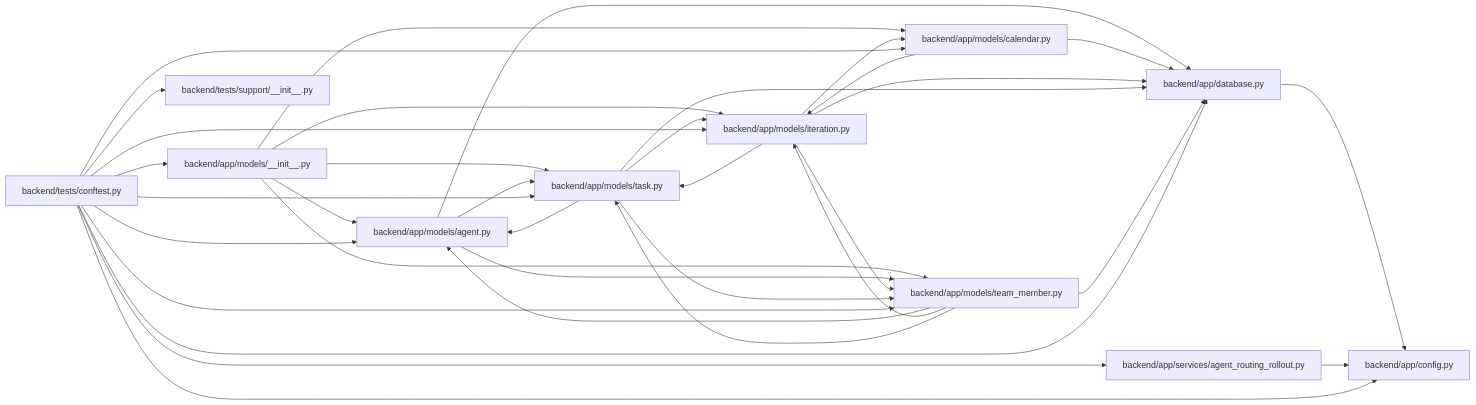
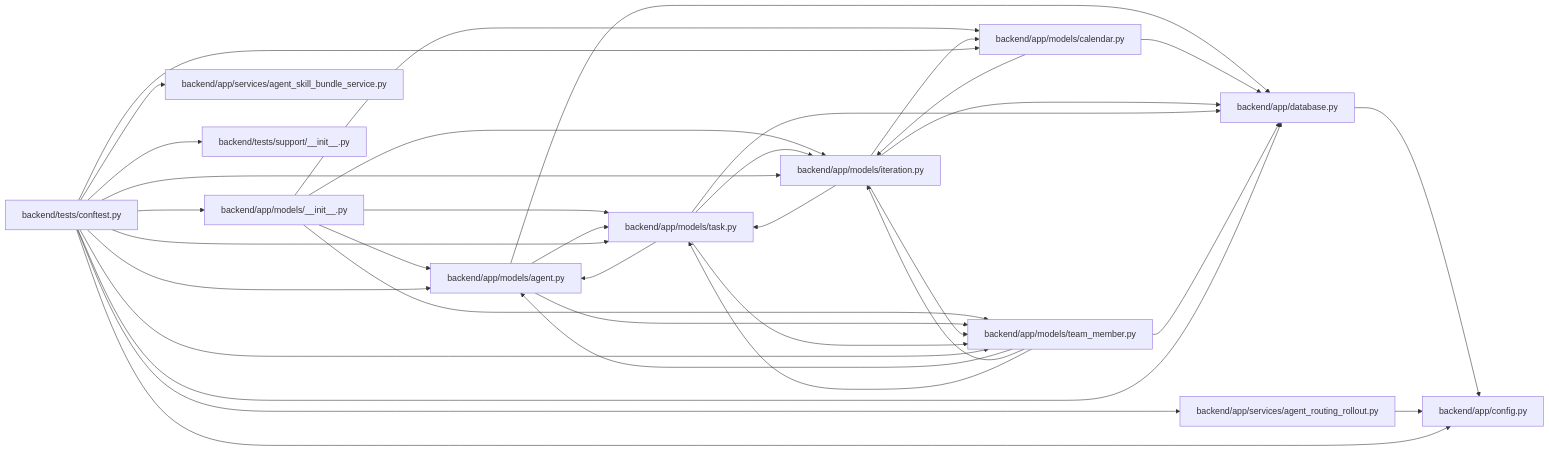
One commit to Denissvgn/WorkChord changed the diagram in docs/llm_wiki/modules/conftest.md. Above: the diagram before and after it, drawn with Mermaid. The commit also changed other lines of this file and 239 other files, not shown here.

````diff
--- a/docs/llm_wiki/modules/conftest.md
+++ b/docs/llm_wiki/modules/conftest.md
@@ -40,59 +43,62 @@
 ```mermaid
 flowchart LR
     n0["backend/app/config.py"]
     n1["backend/app/database.py"]
     n2["backend/app/models/__init__.py"]
     n3["backend/app/models/agent.py"]
     n4["backend/app/models/calendar.py"]
     n5["backend/app/models/iteration.py"]
     n6["backend/app/models/task.py"]
     n7["backend/app/models/team_member.py"]
     n8["backend/app/services/agent_routing_rollout.py"]
-    n9["backend/tests/conftest.py"]
-    n10["backend/tests/support/__init__.py"]
+    n9["backend/app/services/agent_skill_bundle_service.py"]
+    n10["backend/tests/conftest.py"]
+    n11["backend/tests/support/__init__.py"]
     n1 --> n0
     n2 --> n3
     n2 --> n4
     n2 --> n5
     n2 --> n6
     n2 --> n7
     n3 --> n1
     n3 --> n6
     n3 --> n7
     n4 --> n1
     n4 --> n5
     n5 --> n1
     n5 --> n4
     n5 --> n6
     n5 --> n7
     n6 --> n1
     n6 --> n3
     n6 --> n5
     n6 --> n7
     n7 --> n1
     n7 --> n3
     n7 --> n5
     n7 --> n6
     n8 --> n0
-    n9 --> n0
-    n9 --> n1
-    n9 --> n2
-    n9 --> n3
-    n9 --> n4
-    n9 --> n5
-    n9 --> n6
-    n9 --> n7
-    n9 --> n8
-    n9 --> n10
+    n10 --> n0
+    n10 --> n1
+    n10 --> n2
+    n10 --> n3
+    n10 --> n4
+    n10 --> n5
+    n10 --> n6
+    n10 --> n7
+    n10 --> n8
+    n10 --> n9
+    n10 --> n11
     click n0 "../modules/config.md"
     click n1 "../modules/app_database.md"
     click n2 "../modules/models___init__.md"
     click n3 "../modules/models_agent.md"
     click n4 "../modules/models_calendar.md"
     click n5 "../modules/models_iteration.md"
     click n6 "../modules/models_task.md"
     click n7 "../modules/team_member.md"
     click n8 "../modules/agent_routing_rollout.md"
-    click n9 "../modules/conftest.md"
-    click n10 "../modules/support___init__.md"
+    click n9 "../modules/agent_skill_bundle_service.md"
+    click n10 "../modules/conftest.md"
+    click n11 "../modules/support___init__.md"
 ```
````
